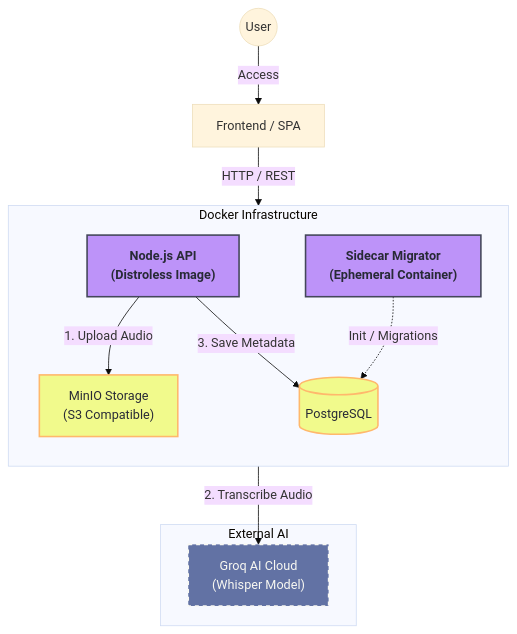
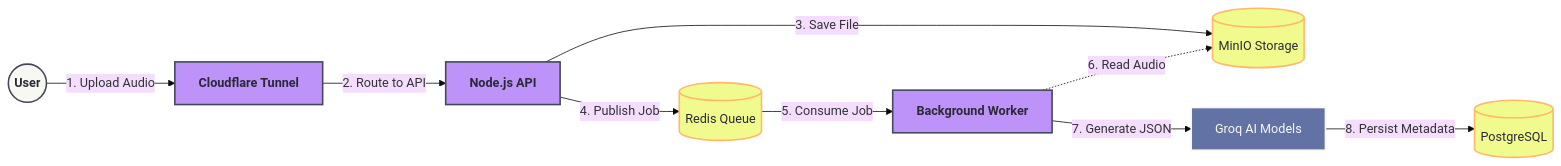
Before and after one commit to athena-devs/voice-memo: the diagram in README.md, drawn with Mermaid (base theme). The commit also changed other lines of this file, not shown here.

````diff
--- a/README.md
+++ b/README.md
@@ -28,30 +29,21 @@
 ```mermaid
-graph TD
-    %% Actors and Clients
-    User((User)) -->|Access| Client["Frontend / SPA"]
-    Client -->|HTTP / REST| API["Node.js API<br/>(Distroless Image)"]
+flowchart LR
+    %% Styling
+    classDef user fill:#f8f8f2,stroke:#44475a,stroke-width:2px,color:#282a36,font-weight:bold;
+    classDef app fill:#bd93f9,stroke:#44475a,stroke-width:2px,color:#282a36,font-weight:bold;
+    classDef storage fill:#f1fa8c,stroke:#ffb86c,stroke-width:2px,color:#282a36;
+    classDef ai fill:#6272a4,stroke:#f8f8f2,stroke-width:2px,color:#f8f8f2;
 
-    %% Docker Infrastructure
-    subgraph DockerEnv ["Docker Infrastructure"]
-        direction TB
-        API -->|1. Upload Audio| MinIO["MinIO Storage<br/>(S3 Compatible)"]
-        API -->|3. Save Metadata| DB[("PostgreSQL")]
-        
-        %% Sidecar Pattern
-        Migrator["Sidecar Migrator<br/>(Ephemeral Container)"] -.->|Init / Migrations| DB
-    end
-
-    %% External Services
-    subgraph ExternalAI ["External AI"]
-        API -->|2. Transcribe Audio| Groq["Groq AI Cloud<br/>(Whisper Model)"]
-    end
-
-    %% Styling (Optional)
-    classDef container fill:#bd93f9,stroke:#44475a,stroke-width:2px,color:#282a36,font-weight:bold;
-    classDef storage fill:#f1fa8c,stroke:#ffb86c,stroke-width:2px,color:#282a36;
-    classDef external fill:#6272a4,stroke:#f8f8f2,stroke-width:2px,stroke-dasharray: 5 5,color:#f8f8f2;
+    %% Linear Flow Sequence
+    User((User)):::user -->|1. Upload Audio| CF[Cloudflare Tunnel]:::app
+    CF -->|2. Route to API| API[Node.js API]:::app
     
-    class API,Migrator container;
-    class MinIO,DB storage;
-    class Groq external;
+    API -->|3. Save File| MinIO[(MinIO Storage)]:::storage
+    API -->|4. Publish Job| Redis[(Redis Queue)]:::storage
+    
+    Redis -->|5. Consume Job| Worker[Background Worker]:::app
+    Worker -.->|6. Read Audio| MinIO
+    
+    Worker -->|7. Generate JSON| Groq[Groq AI Models]:::ai
+    Groq -->|8. Persist Metadata| DB[(PostgreSQL)]:::storage
 ```
````
